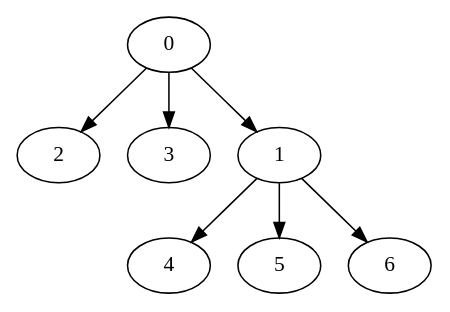
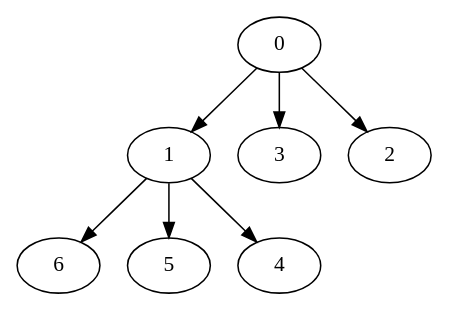
One commit to SeanSpires/Project1-306-Team-Stonks changed the diagram in Nodes_7_OutTree-output.dot. Above: the diagram before and after it, drawn with Graphviz. The commit also changed 4 other files, not shown here.

```diff
--- a/Nodes_7_OutTree-output.dot
+++ b/Nodes_7_OutTree-output.dot
@@ -1,15 +1,15 @@
-digraph "outputExample" {
-	0	[Weight=5,Start=0,Processor=1];
-	2	[Weight=5,Start=5,Processor=1];
-	3	[Weight=6,Start=10,Processor=1];
-	1	[Weight=6,Start=16,Processor=1];
-	4	[Weight=4,Start=22,Processor=1];
-	5	[Weight=7,Start=26,Processor=1];
-	6	[Weight=7,Start=33,Processor=1];
+digraph "Nodes_7_OutTree-output.dot" {
+	0	[Weight=5,Start=0,End=5,Processor=4];
+	1	[Weight=6,Start=5,End=11,Processor=4];
+	6	[Weight=7,Start=11,End=18,Processor=4];
+	5	[Weight=7,Start=15,End=22,Processor=1];
+	4	[Weight=4,Start=18,End=22,Processor=4];
+	3	[Weight=6,Start=16,End=22,Processor=3];
+	2	[Weight=5,Start=16,End=21,Processor=2];
 	0 -> 1	 [Weight=15];
 	0 -> 2	 [Weight=11];
 	0 -> 3	 [Weight=11];
 	1 -> 4	 [Weight=19];
 	1 -> 5	 [Weight=4];
 	1 -> 6	 [Weight=21];
 }
```
